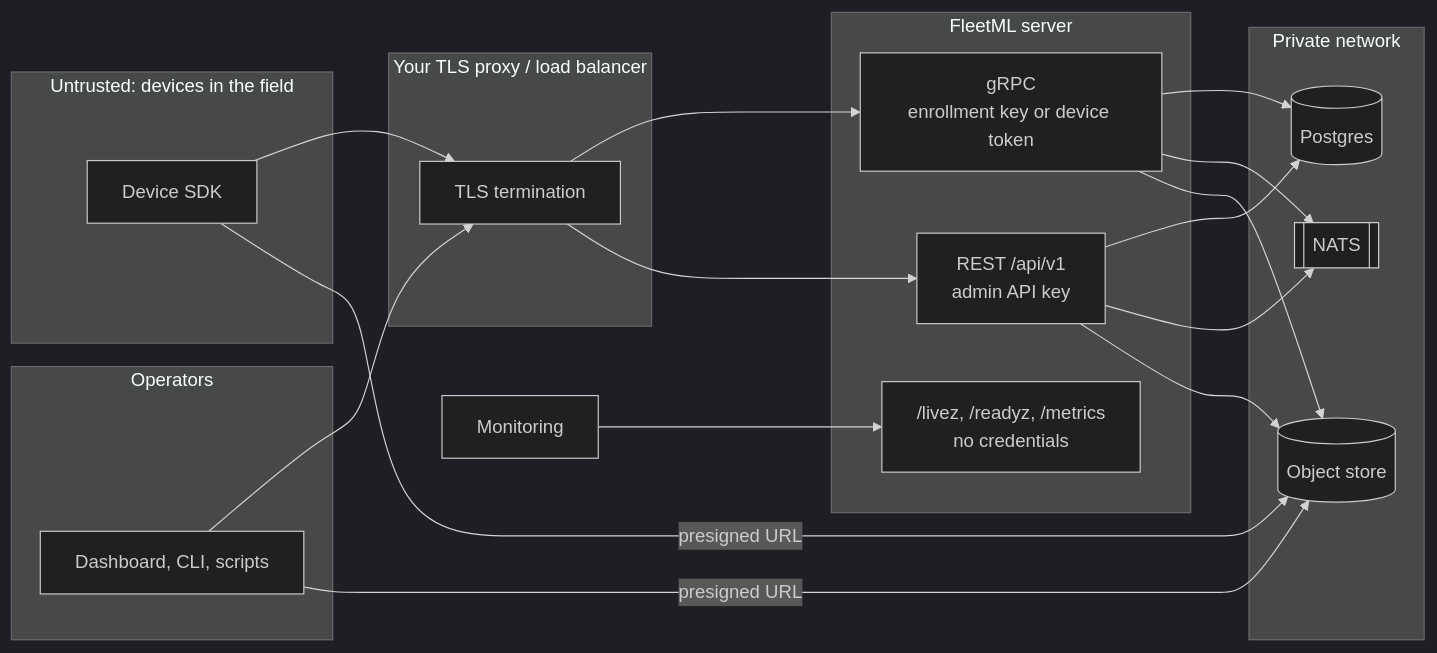
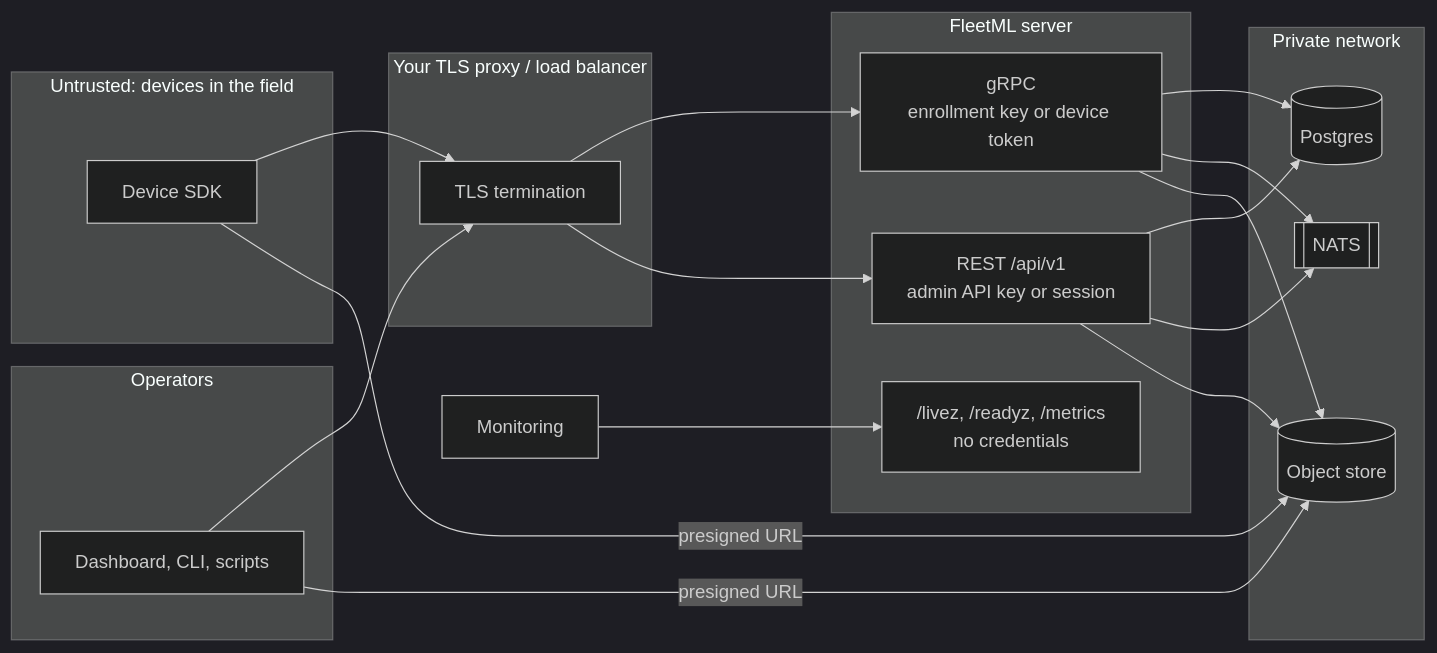
The eighth of 8 diagrams in docs/ARCHITECTURE.md (fleetml/fleetml), drawn with Mermaid (dark theme) before and after one commit. The commit also changed other lines of this file and 27 other files, not shown here.

````diff
--- a/docs/ARCHITECTURE.md
+++ b/docs/ARCHITECTURE.md
@@ -306,28 +306,28 @@
 ```mermaid
 flowchart LR
   subgraph untrusted[Untrusted: devices in the field]
     dev[Device SDK]
   end
   subgraph ops[Operators]
     op[Dashboard, CLI, scripts]
   end
   subgraph edge[Your TLS proxy / load balancer]
     tls[TLS termination]
   end
   subgraph core[FleetML server]
-    restb[REST /api/v1<br/>admin API key]
+    restb[REST /api/v1<br/>admin API key or session]
     probes["/livez, /readyz, /metrics<br/>no credentials"]
     grpcb[gRPC<br/>enrollment key or device token]
   end
   subgraph data[Private network]
     pgb[(Postgres)]
     natsb[[NATS]]
     s3b[(Object store)]
   end
   dev --> tls --> grpcb
   op --> tls --> restb
   monitor[Monitoring] --> probes
   dev -- presigned URL --> s3b
   op -- presigned URL --> s3b
   restb & grpcb --> pgb & natsb & s3b
 ```
````
